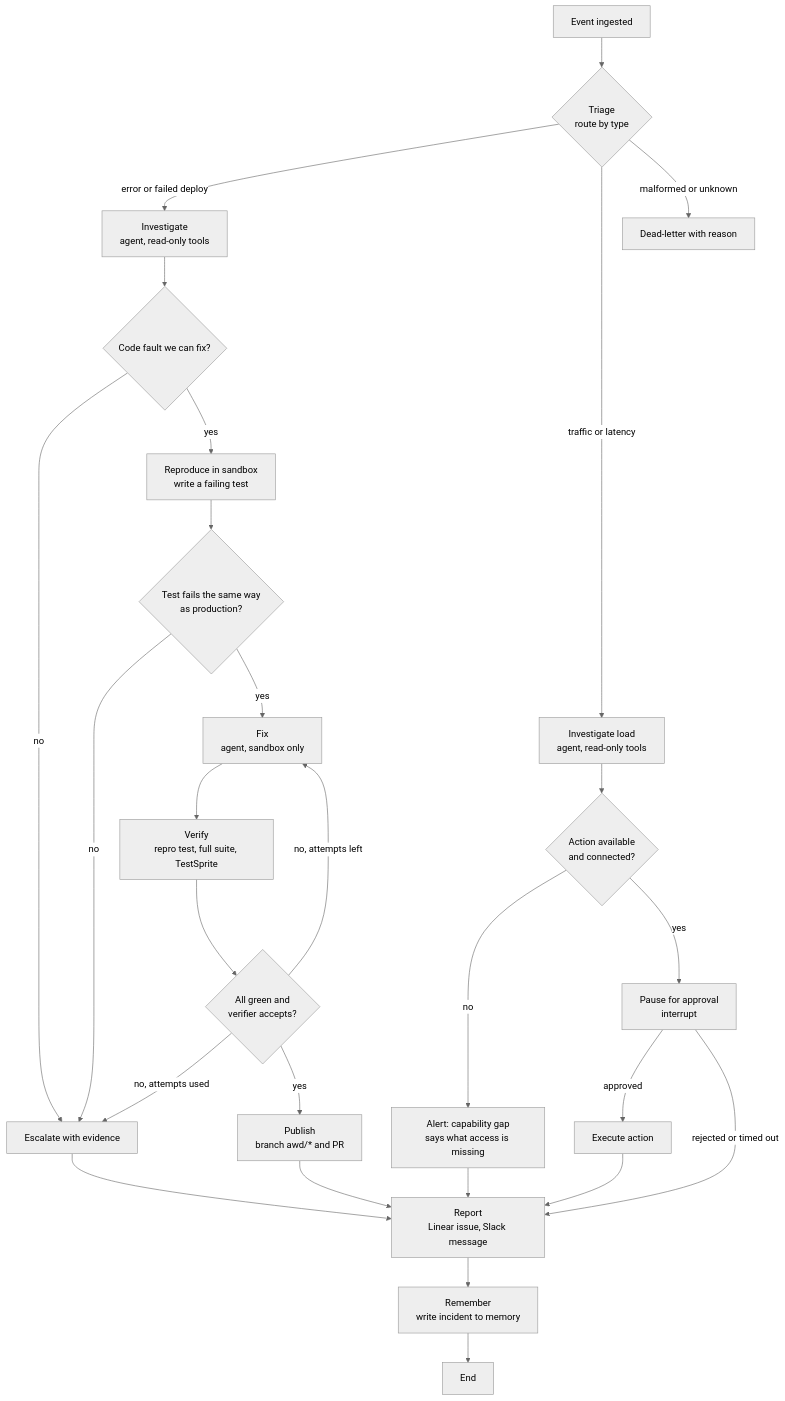
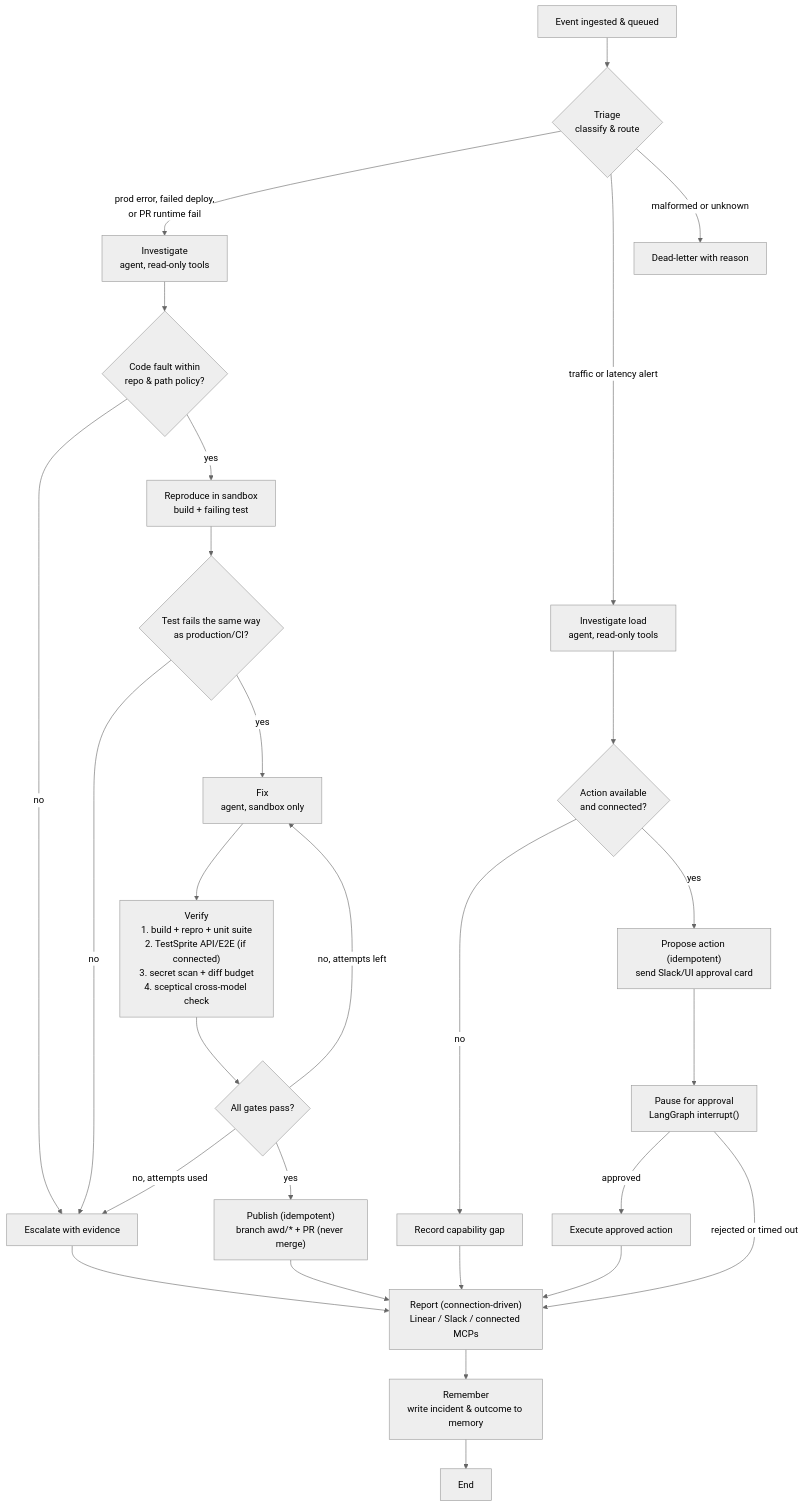
The second of 6 diagrams in Architecture.md (ronitrai27/AgentWatchDog), drawn with Mermaid (neutral theme) before and after one commit. The commit also changed other lines of this file and 28 other files, not shown here.

Commit message:
design and flow.

````diff
--- a/Architecture.md
+++ b/Architecture.md
@@ -84,32 +112,33 @@
 ```mermaid
 flowchart TD
-    A["Event ingested"] --> B{"Triage<br/>route by type"}
-    B -->|error or failed deploy| C["Investigate<br/>agent, read-only tools"]
-    B -->|traffic or latency| T1["Investigate load<br/>agent, read-only tools"]
+    A["Event ingested & queued"] --> B{"Triage<br/>classify & route"}
+    B -->|prod error, failed deploy,<br/>or PR runtime fail| C["Investigate<br/>agent, read-only tools"]
+    B -->|traffic or latency alert| T1["Investigate load<br/>agent, read-only tools"]
     B -->|malformed or unknown| DLQ["Dead-letter with reason"]
 
-    C --> D{"Code fault we can fix?"}
+    C --> D{"Code fault within<br/>repo & path policy?"}
     D -->|no| ESC["Escalate with evidence"]
-    D -->|yes| E["Reproduce in sandbox<br/>write a failing test"]
-    E --> F{"Test fails the same way<br/>as production?"}
+    D -->|yes| E["Reproduce in sandbox<br/>build + failing test"]
+    E --> F{"Test fails the same way<br/>as production/CI?"}
     F -->|no| ESC
     F -->|yes| H["Fix<br/>agent, sandbox only"]
-    H --> V["Verify<br/>repro test, full suite, TestSprite"]
-    V --> W{"All green and<br/>verifier accepts?"}
+    H --> V["Verify<br/>1. build + repro + unit suite<br/>2. TestSprite API/E2E (if connected)<br/>3. secret scan + diff budget<br/>4. sceptical cross-model check"]
+    V --> W{"All gates pass?"}
     W -->|no, attempts left| H
     W -->|no, attempts used| ESC
-    W -->|yes| P["Publish<br/>branch awd/* and PR"]
-    P --> R["Report<br/>Linear issue, Slack message"]
+    W -->|yes| P["Publish (idempotent)<br/>branch awd/* + PR (never merge)"]
+    P --> R["Report (connection-driven)<br/>Linear / Slack / connected MCPs"]
 
     T1 --> T2{"Action available<br/>and connected?"}
-    T2 -->|no| GAP["Alert: capability gap<br/>says what access is missing"]
-    T2 -->|yes| T3["Pause for approval<br/>interrupt"]
-    T3 -->|approved| T4["Execute action"]
+    T2 -->|no| GAP["Record capability gap"]
+    T2 -->|yes| T2B["Propose action (idempotent)<br/>send Slack/UI approval card"]
+    T2B --> T3["Pause for approval<br/>LangGraph interrupt()"]
+    T3 -->|approved| T4["Execute approved action"]
     T3 -->|rejected or timed out| R
     T4 --> R
     GAP --> R
 
     ESC --> R
-    R --> M["Remember<br/>write incident to memory"]
+    R --> M["Remember<br/>write incident & outcome to memory"]
     M --> Z["End"]
 ```
````
